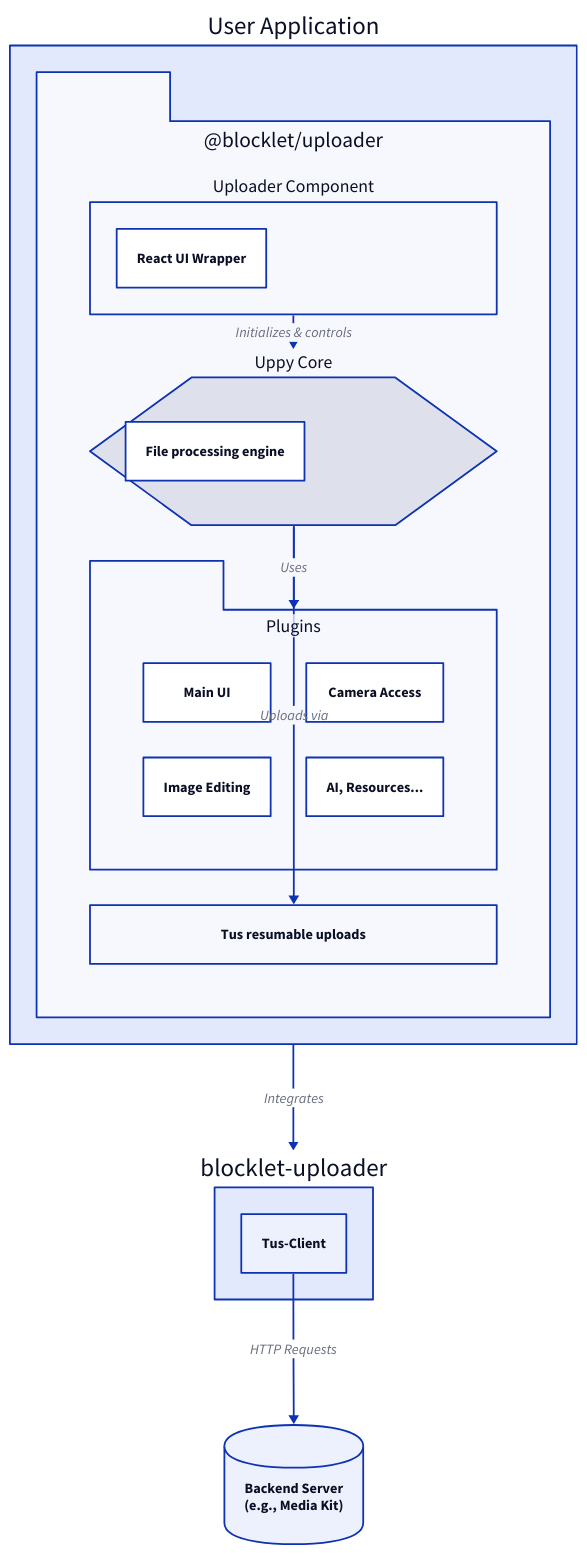
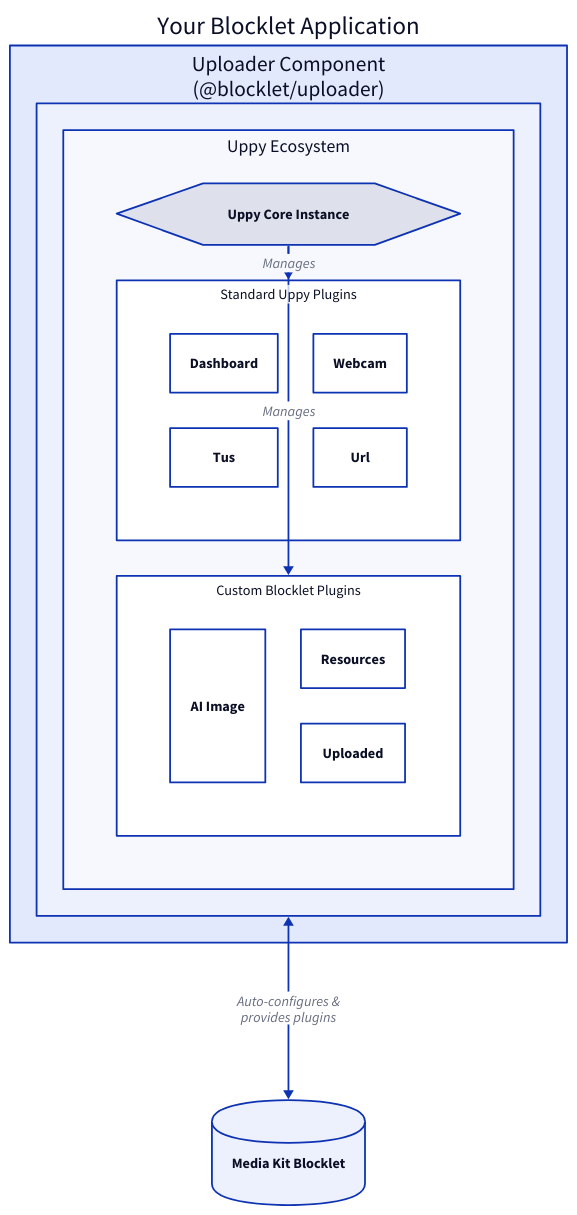
Before and after one commit to blocklet/media-kit: the diagram in .aigne/doc-smith/docs/api-reference-uploader.md, drawn with D2. The commit also changed other lines of this file and 25 other files, not shown here.

````diff
--- a/.aigne/doc-smith/docs/api-reference-uploader.md
+++ b/.aigne/doc-smith/docs/api-reference-uploader.md
@@ -13,52 +11,52 @@
 ```d2
 direction: down
 
-"User-Application": {
-  label: "User Application"
+blocklet-app: {
+  label: "Your Blocklet Application"
   shape: rectangle
 
-  "blocklet-uploader": {
-    label: "@blocklet/uploader"
-    shape: package
-    grid-columns: 1
+  uploader-component: {
+    label: "Uploader Component\n(@blocklet/uploader)"
+    shape: rectangle
 
-    "Uploader-Component": {
-        label: "Uploader Component"
+    uppy-ecosystem: {
+      label: "Uppy Ecosystem"
+      shape: rectangle
+      grid-columns: 1
+
+      uppy-core: {
+        label: "Uppy Core Instance"
+        shape: hexagon
+      }
+
+      standard-plugins: {
+        label: "Standard Uppy Plugins"
         shape: rectangle
-        "React UI Wrapper"
+        grid-columns: 2
+        Dashboard: {}
+        Tus: {}
+        Webcam: {}
+        Url: {}
+      }
+
+      custom-plugins: {
+        label: "Custom Blocklet Plugins"
+        shape: rectangle
+        grid-columns: 2
+        AIImage: { label: "AI Image" }
+        Resources: {}
+        Uploaded: {}
+      }
     }
-
-    "Uppy-Core": {
-        label: "Uppy Core"
-        shape: hexagon
-        "File processing engine"
-    }
-
-    "Plugins": {
-      shape: package
-      grid-columns: 2
-      "Dashboard-UI": "Main UI"
-      "ImageEditor": "Image Editing"
-      "Webcam": "Camera Access"
-      "Custom-Plugins": "AI, Resources..."
-    }
-
-    "Tus-Client": {
-        label: "Tus resumable uploads"
-        shape: rectangle
-    }
-
-    "Uploader-Component" -> "Uppy-Core": "Initializes & controls"
-    "Uppy-Core" -> "Plugins": "Uses"
-    "Uppy-Core" -> "Tus-Client": "Uploads via"
   }
 }
 
-"Backend-Server": {
-  label: "Backend Server\n(e.g., Media Kit)"
+media-kit: {
+  label: "Media Kit Blocklet"
   shape: cylinder
 }
 
-"User-Application" -> "blocklet-uploader": "Integrates"
-"blocklet-uploader"."Tus-Client" -> "Backend-Server": "HTTP Requests"
+blocklet-app.uploader-component.uppy-ecosystem.uppy-core -> blocklet-app.uploader-component.uppy-ecosystem.standard-plugins: "Manages"
+blocklet-app.uploader-component.uppy-ecosystem.uppy-core -> blocklet-app.uploader-component.uppy-ecosystem.custom-plugins: "Manages"
+blocklet-app.uploader-component <-> media-kit: "Auto-configures &\nprovides plugins"
 ```
````
